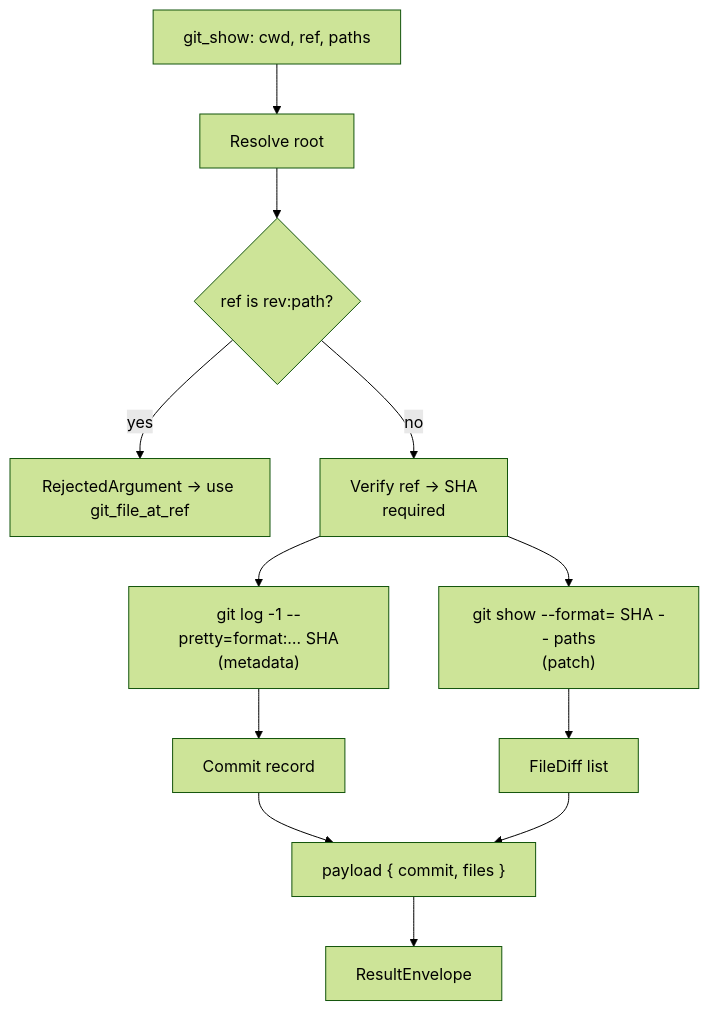
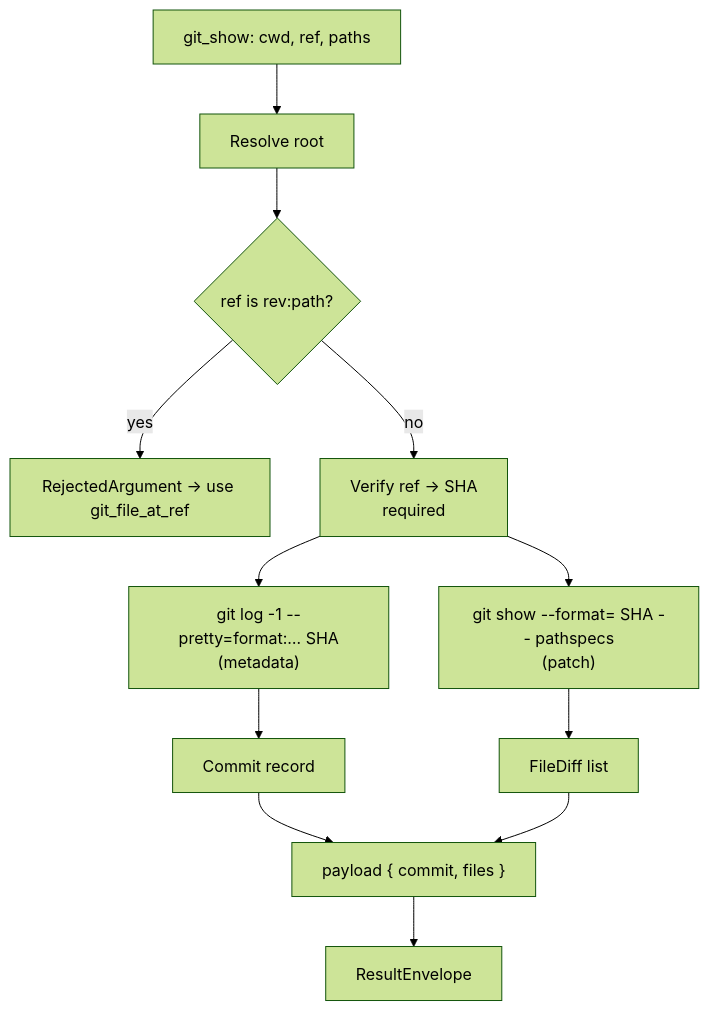
One commit to brenordv/mcp-toolset changed the fifth of 14 diagrams in src/RaccoonNinja.McpToolset.Server.GitOps/README.md. Above: the diagram before and after it, drawn with Mermaid (forest theme). The commit also changed other lines of this file and 22 other files, not shown here.

````diff
--- a/src/RaccoonNinja.McpToolset.Server.GitOps/README.md
+++ b/src/RaccoonNinja.McpToolset.Server.GitOps/README.md
@@ -183,14 +183,14 @@
 ```mermaid
 flowchart TD
     A[git_show: cwd, ref, paths] --> B[Resolve root]
     B --> R{ref is rev:path?}
     R -- yes --> X[RejectedArgument → use git_file_at_ref]
     R -- no --> C[Verify ref → SHA<br/>required]
     C --> D["git log -1 --pretty=format:… SHA<br/>(metadata)"]
-    C --> E["git show --format= SHA -- paths<br/>(patch)"]
+    C --> E["git show --format= SHA -- pathspecs<br/>(patch)"]
     D --> F[Commit record]
     E --> G[FileDiff list]
     F --> H["payload { commit, files }"]
     G --> H
     H --> I[ResultEnvelope]
 ```
````
